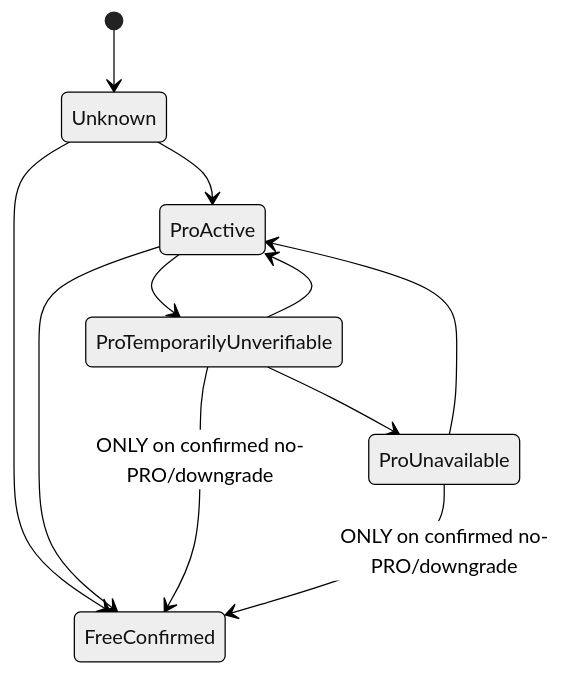
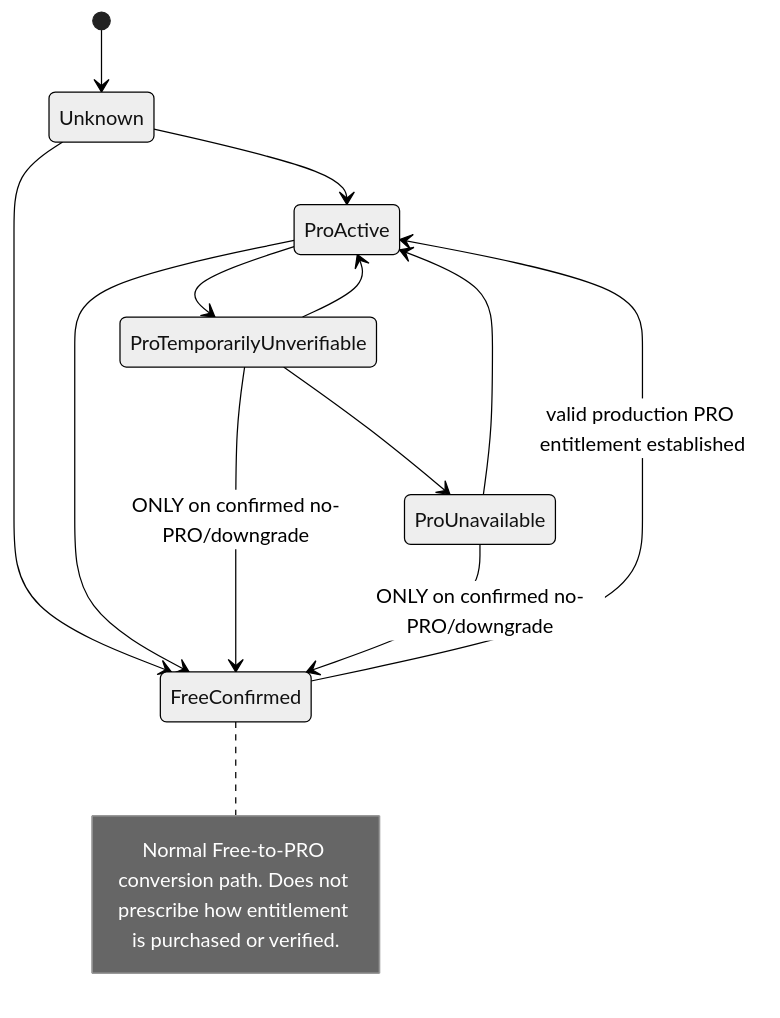
Before and after one commit to jornalistainclusivo/retranca-os: the third of 4 diagrams in docs/architecture/PHASE-6.4-SOFTWARE-DESIGN.md, drawn with Mermaid (neutral theme). The commit also changed 3 other files, not shown here.

Commit message:
docs: record Phase 6.4 FreeConfirmed to ProActive transition

````diff
--- a/docs/architecture/PHASE-6.4-SOFTWARE-DESIGN.md
+++ b/docs/architecture/PHASE-6.4-SOFTWARE-DESIGN.md
@@ -269,17 +269,23 @@
 ```mermaid
 stateDiagram-v2
     [*] --> Unknown
 
     Unknown --> ProActive
     Unknown --> FreeConfirmed
+
+    FreeConfirmed --> ProActive : valid production PRO entitlement established
 
     ProActive --> ProTemporarilyUnverifiable
     ProActive --> FreeConfirmed
 
     ProTemporarilyUnverifiable --> ProActive
     ProTemporarilyUnverifiable --> ProUnavailable
     ProTemporarilyUnverifiable --> FreeConfirmed : ONLY on confirmed no-PRO/downgrade
 
     ProUnavailable --> ProActive
     ProUnavailable --> FreeConfirmed : ONLY on confirmed no-PRO/downgrade
+
+    note right of FreeConfirmed
+      Normal Free-to-PRO conversion path. Does not prescribe how entitlement is purchased or verified.
+    end note
 ```
````
